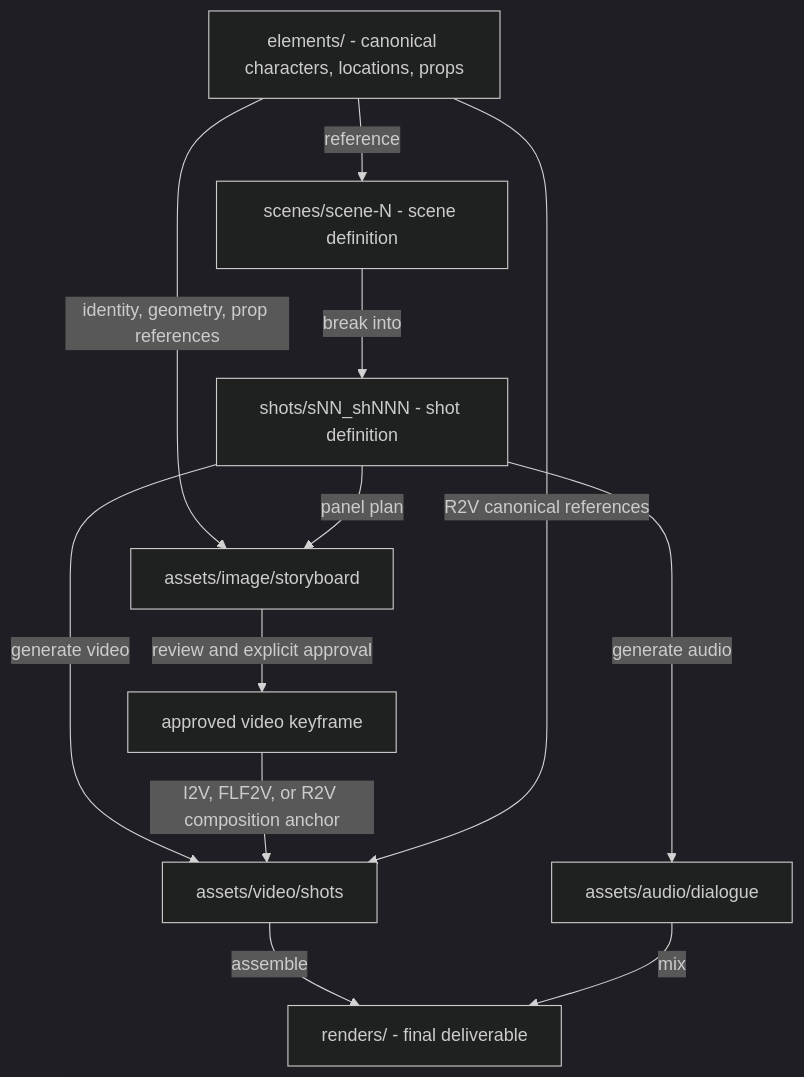
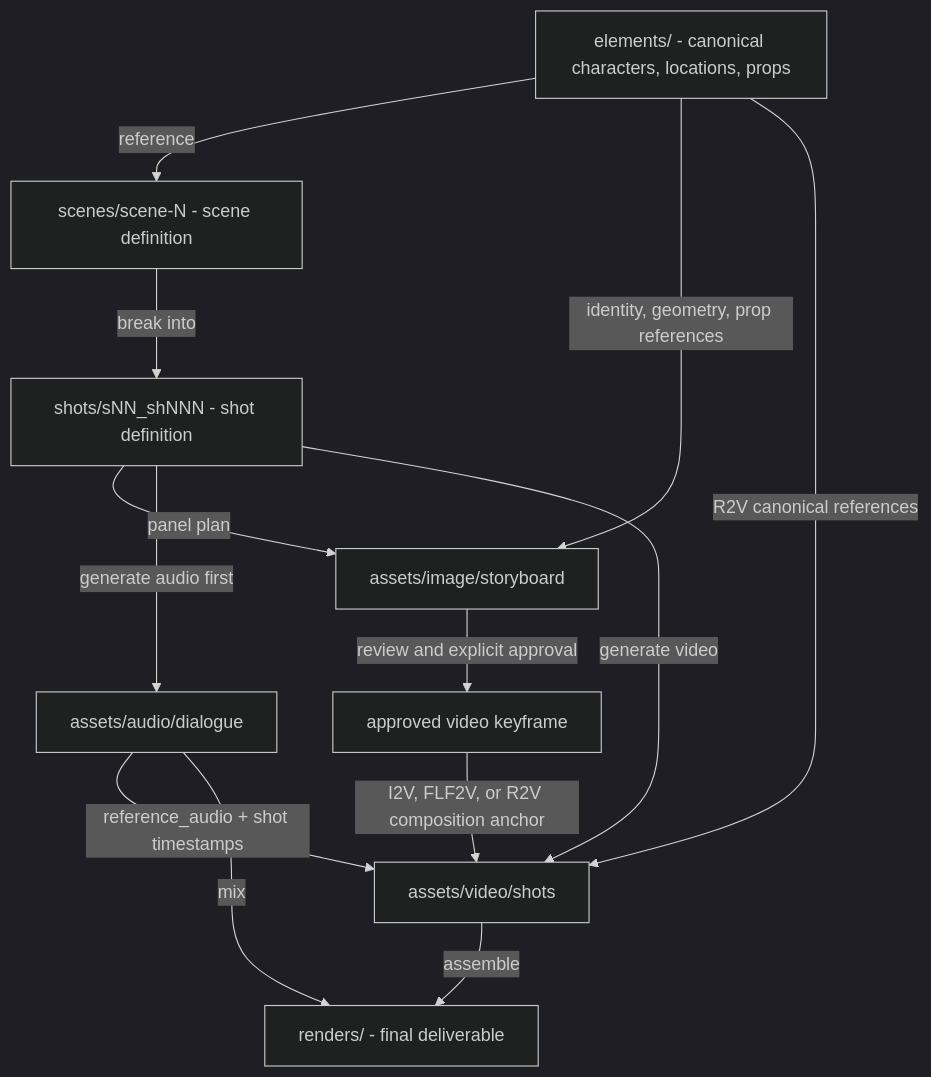
Before and after one commit to ArthurReimus-ByteDance/ark-director: the second of 3 diagrams in AGENTS.md, drawn with Mermaid (dark theme). The commit also changed other lines of this file, not shown here.

````diff
--- a/AGENTS.md
+++ b/AGENTS.md
@@ -173,14 +179,15 @@
 ```mermaid
 flowchart TD
   E[elements/ - canonical characters, locations, props] -->|reference| S
   S[scenes/scene-N - scene definition] -->|break into| SH[shots/sNN_shNNN - shot definition]
   E -->|identity, geometry, prop references| IMG1[assets/image/storyboard]
   SH -->|panel plan| IMG1
   IMG1 -->|review and explicit approval| KF[approved video keyframe]
+  SH -->|generate audio first| AUD[assets/audio/dialogue]
+  AUD -->|reference_audio + shot timestamps| VID
   SH -->|generate video| VID[assets/video/shots]
-  SH -->|generate audio| AUD[assets/audio/dialogue]
   KF -->|I2V, FLF2V, or R2V composition anchor| VID
   VID -->|assemble| R[renders/ - final deliverable]
   AUD -->|mix| R
   E -->|R2V canonical references| VID
 ```
````
